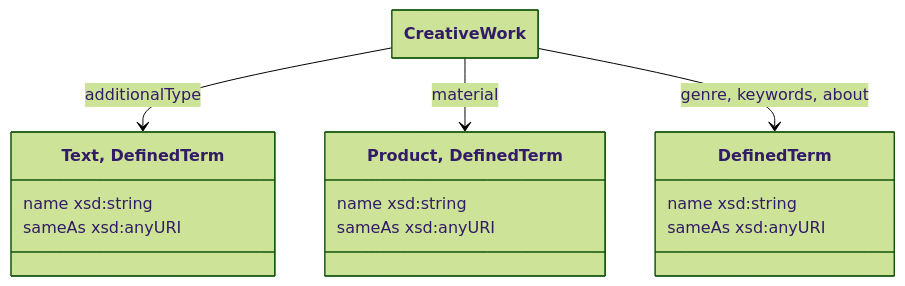
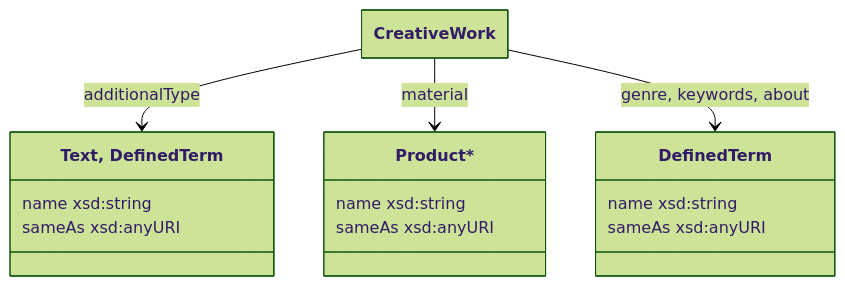
One commit to collectienederland/schema-profile changed the fifth of 5 diagrams in docs/datamodel.md. Above: the diagram before and after it, drawn with Mermaid. The commit also changed other lines of this file, not shown here.

```diff
--- a/docs/datamodel.md
+++ b/docs/datamodel.md
@@ -216,28 +220,28 @@
 <pre class="mermaid">
 ---
   config:
     theme: forest
     class:
       hideEmptyMembersBox: true
 ---
 classDiagram
 class creativework["CreativeWork"]
 
 class additional["Text, DefinedTerm"] {
   name xsd:string
   sameAs xsd:anyURI
 }
 creativework --> additional: additionalType
 
-class product["Product, DefinedTerm"] {
+class product["Product*"] {
   name xsd:string
   sameAs xsd:anyURI
 }
 creativework --> product: material
 
 class defterm["DefinedTerm"] {
   name xsd:string
   sameAs xsd:anyURI
 }
 creativework --> defterm: genre, keywords, about
 </pre>
```
